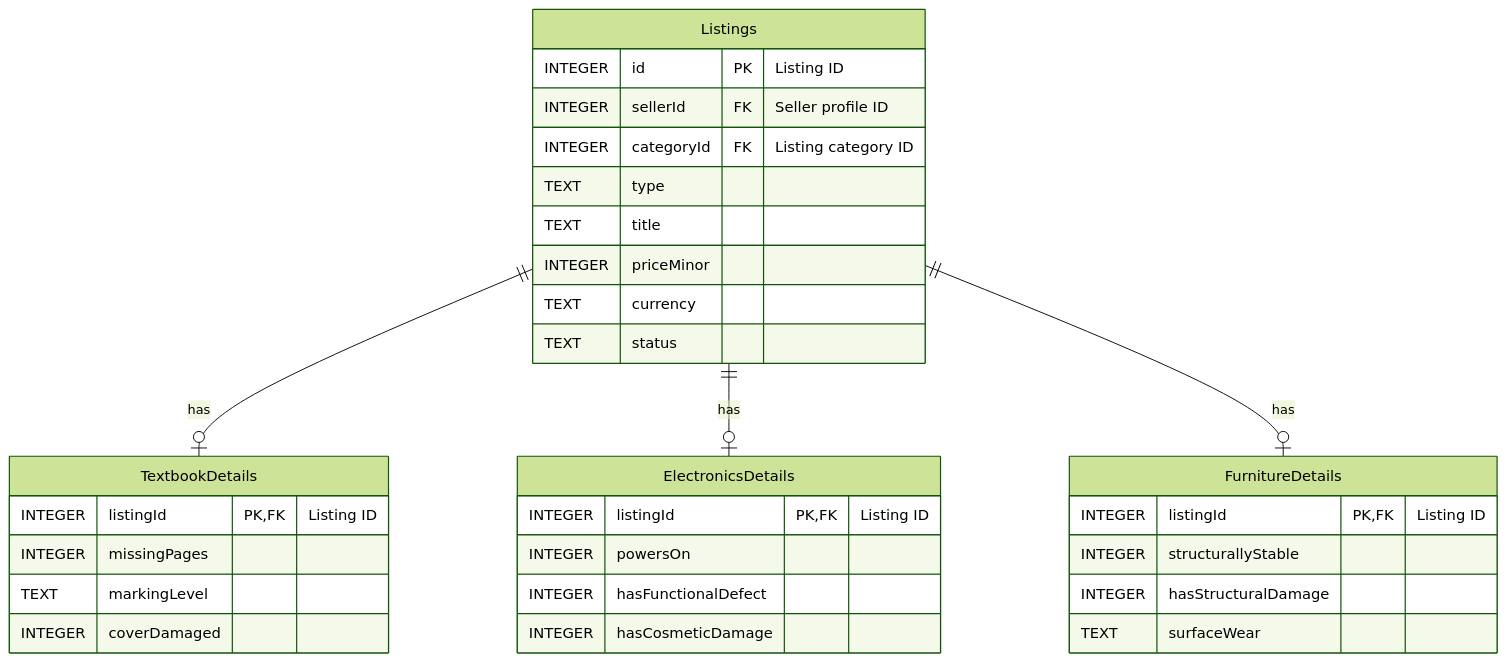
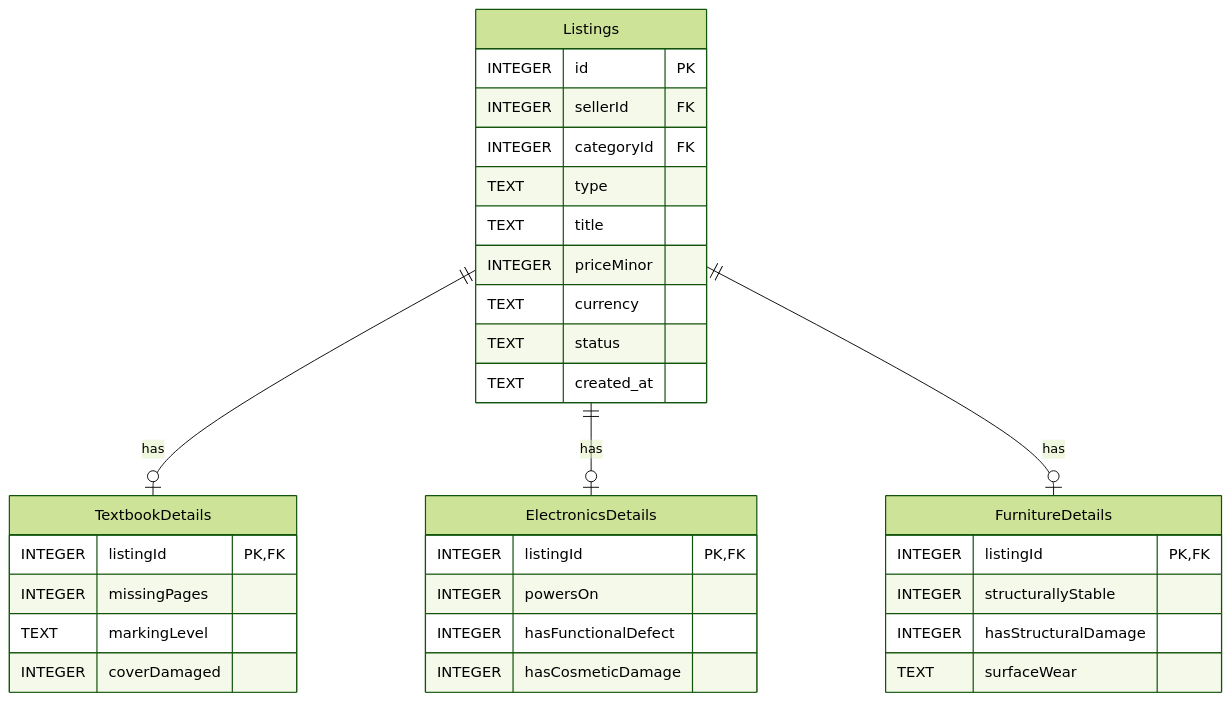
Before and after one commit to XionAce/cpe314-69323-capstone-team-01: the fifth of 5 diagrams in docs/design-document.md, drawn with Mermaid (forest theme). The commit also changed other lines of this file and 9 other files, not shown here.

````diff
--- a/docs/design-document.md
+++ b/docs/design-document.md
@@ -344,34 +409,35 @@
 ```mermaid
 erDiagram
     Listings {
-        INTEGER id PK "Listing ID"
-        INTEGER sellerId FK "Seller profile ID"
-        INTEGER categoryId FK "Listing category ID"
+        INTEGER id PK
+        INTEGER sellerId FK
+        INTEGER categoryId FK
         TEXT type
         TEXT title
         INTEGER priceMinor
         TEXT currency
         TEXT status
+        TEXT created_at
     }
     TextbookDetails {
-        INTEGER listingId PK,FK "Listing ID"
+        INTEGER listingId PK,FK
         INTEGER missingPages
         TEXT markingLevel
         INTEGER coverDamaged
     }
     ElectronicsDetails {
-        INTEGER listingId PK,FK "Listing ID"
+        INTEGER listingId PK,FK
         INTEGER powersOn
         INTEGER hasFunctionalDefect
         INTEGER hasCosmeticDamage
     }
     FurnitureDetails {
-        INTEGER listingId PK,FK "Listing ID"
+        INTEGER listingId PK,FK
         INTEGER structurallyStable
         INTEGER hasStructuralDamage
         TEXT surfaceWear
     }
     Listings ||--o| TextbookDetails : has
     Listings ||--o| ElectronicsDetails : has
     Listings ||--o| FurnitureDetails : has
 ```
````
